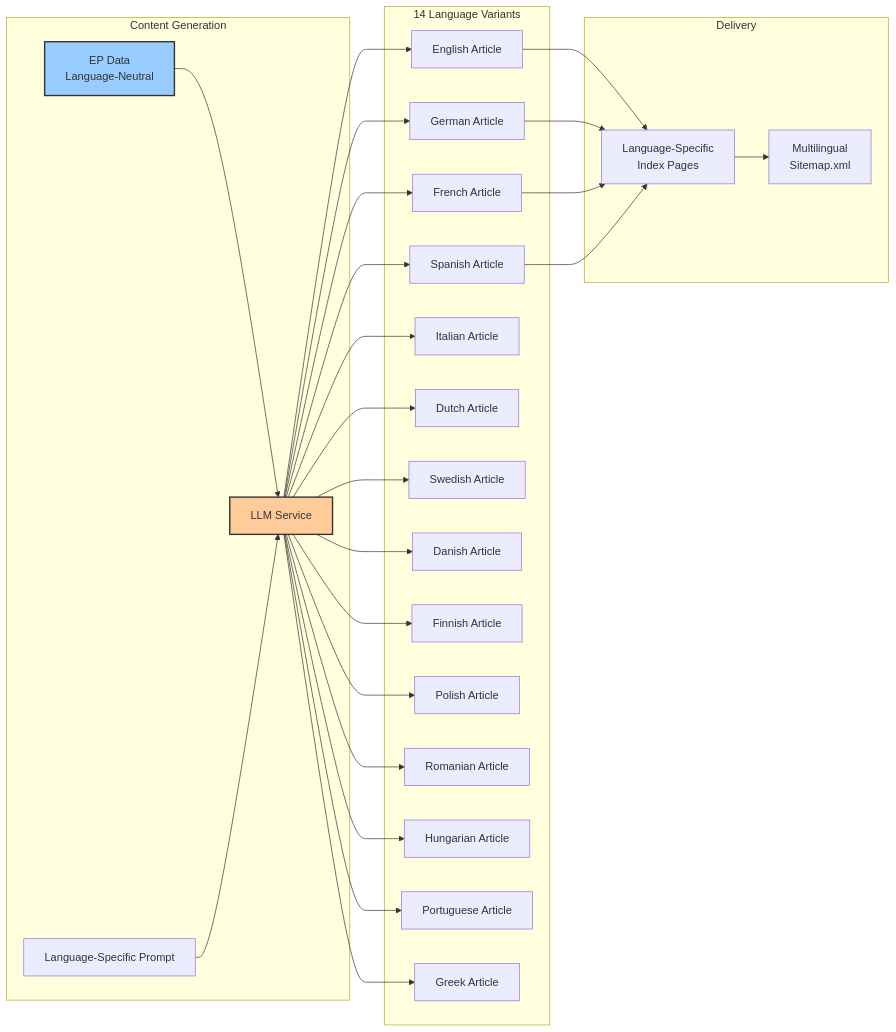
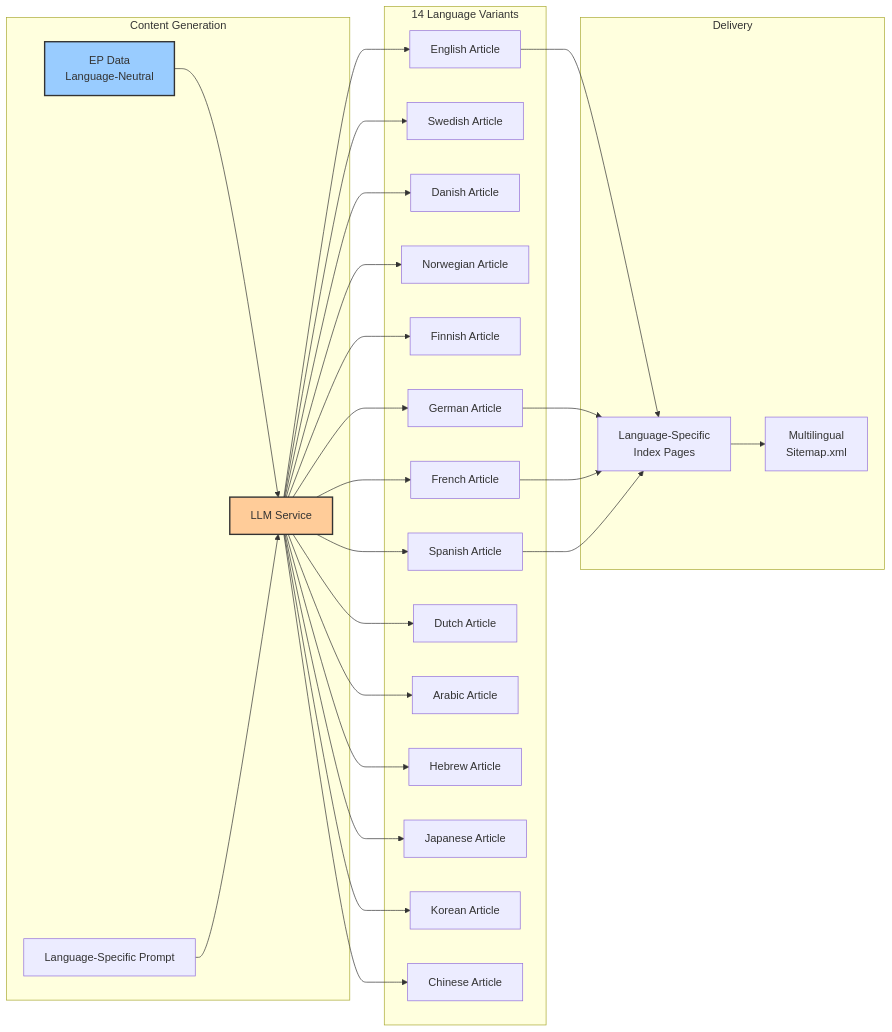
One commit to Hack23/euparliamentmonitor changed diagram 12 of 12 in ARCHITECTURE.md. Above: the diagram before and after it, drawn with Mermaid. The commit also changed other lines of this file and 44 other files, not shown here.

````diff
--- a/ARCHITECTURE.md
+++ b/ARCHITECTURE.md
@@ -845,56 +845,56 @@
 ```mermaid
 graph LR
     subgraph "Content Generation"
         EPData[EP Data<br/>Language-Neutral]
         LLM[LLM Service]
         Prompt[Language-Specific Prompt]
     end
     
     subgraph "14 Language Variants"
         EN[English Article]
+        SV[Swedish Article]
+        DA[Danish Article]
+        NO[Norwegian Article]
+        FI[Finnish Article]
         DE[German Article]
         FR[French Article]
         ES[Spanish Article]
-        IT[Italian Article]
         NL[Dutch Article]
-        SV[Swedish Article]
-        DA[Danish Article]
-        FI[Finnish Article]
-        PL[Polish Article]
-        RO[Romanian Article]
-        HU[Hungarian Article]
-        PT[Portuguese Article]
-        EL[Greek Article]
+        AR[Arabic Article]
+        HE[Hebrew Article]
+        JA[Japanese Article]
+        KO[Korean Article]
+        ZH[Chinese Article]
     end
     
     subgraph "Delivery"
         Index[Language-Specific<br/>Index Pages]
         Sitemap[Multilingual<br/>Sitemap.xml]
     end
     
     EPData --> LLM
     Prompt --> LLM
     LLM --> EN
+    LLM --> SV
+    LLM --> DA
+    LLM --> NO
+    LLM --> FI
     LLM --> DE
     LLM --> FR
     LLM --> ES
-    LLM --> IT
     LLM --> NL
-    LLM --> SV
-    LLM --> DA
-    LLM --> FI
-    LLM --> PL
-    LLM --> RO
-    LLM --> HU
-    LLM --> PT
-    LLM --> EL
+    LLM --> AR
+    LLM --> HE
+    LLM --> JA
+    LLM --> KO
+    LLM --> ZH
     
     EN --> Index
     DE --> Index
     FR --> Index
     ES --> Index
     Index --> Sitemap
     
     style EPData fill:#9cf,stroke:#333,stroke-width:2px
     style LLM fill:#fc9,stroke:#333,stroke-width:2px
 ```
````
